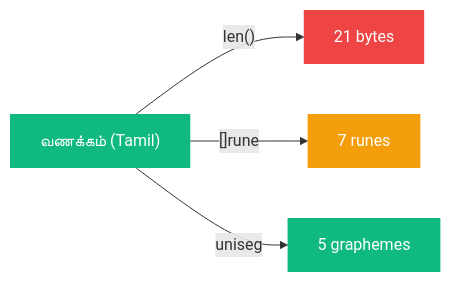
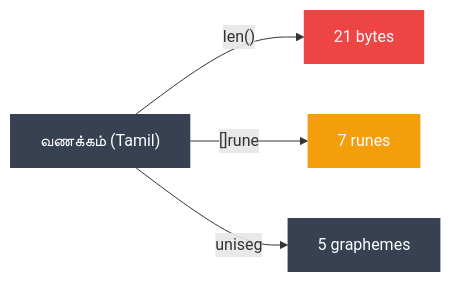
The second of 2 diagrams in content/writing/notes/runes-bytes-and-graphemes-in-go.md (ashwingopalsamy/site), drawn with Mermaid before and after one commit. The commit also changed other lines of this file and 26 other files, not shown here.

```diff
--- a/content/writing/notes/runes-bytes-and-graphemes-in-go.md
+++ b/content/writing/notes/runes-bytes-and-graphemes-in-go.md
@@ -64,11 +64,11 @@
 {{< mermaid >}}
 graph LR
     T["வணக்கம் (Tamil)"]
     T --> |"len()"| BY["21 bytes"]
     T --> |"[]rune"| RU["7 runes"]
     T --> |"uniseg"| GR["5 graphemes"]
-    style T fill:#10b981,color:#fff,stroke:none
+    style T fill:#374151,color:#fff,stroke:none
     style BY fill:#ef4444,color:#fff,stroke:none
     style RU fill:#f59e0b,color:#fff,stroke:none
-    style GR fill:#10b981,color:#fff,stroke:none
+    style GR fill:#374151,color:#fff,stroke:none
 {{< /mermaid >}}
```
